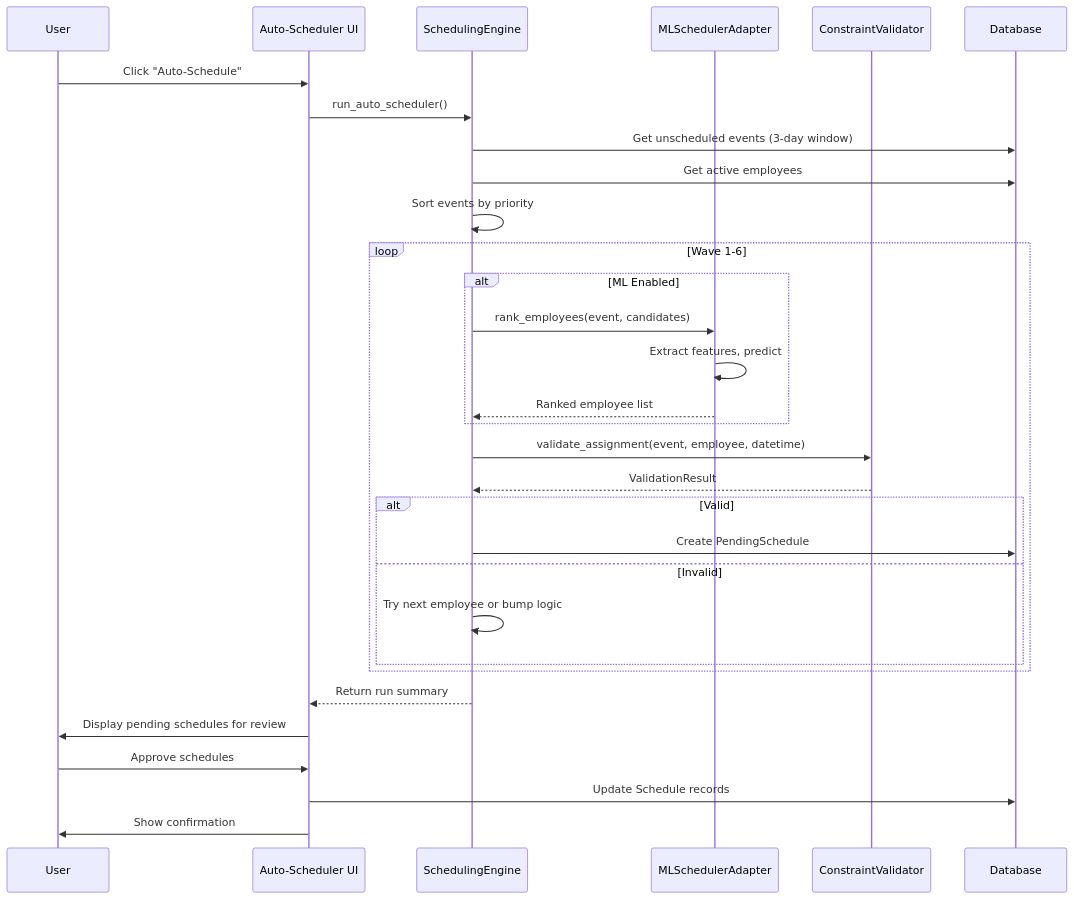
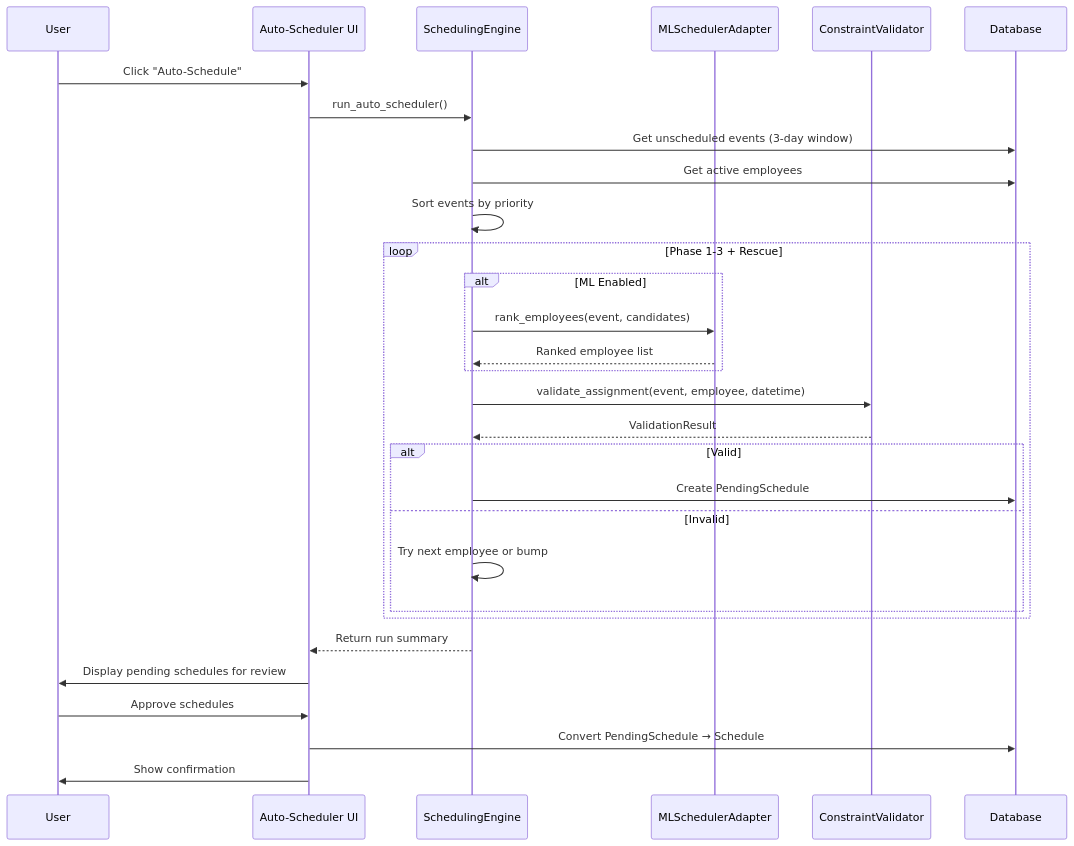
One commit to cyberiseeyou/pceventmanager changed the third of 5 diagrams in docs/CODEBASE_MAP.md. Above: the diagram before and after it, drawn with Mermaid. The commit also changed other lines of this file and 71 other files, not shown here.

````diff
--- a/docs/CODEBASE_MAP.md
+++ b/docs/CODEBASE_MAP.md
@@ -798,36 +647,35 @@
 ```mermaid
 sequenceDiagram
     participant User
     participant UI as Auto-Scheduler UI
     participant Engine as SchedulingEngine
     participant ML as MLSchedulerAdapter
     participant Validator as ConstraintValidator
     participant DB as Database
 
     User->>UI: Click "Auto-Schedule"
     UI->>Engine: run_auto_scheduler()
     Engine->>DB: Get unscheduled events (3-day window)
     Engine->>DB: Get active employees
     Engine->>Engine: Sort events by priority
 
-    loop Wave 1-6
+    loop Phase 1-3 + Rescue
         alt ML Enabled
             Engine->>ML: rank_employees(event, candidates)
-            ML->>ML: Extract features, predict
             ML-->>Engine: Ranked employee list
         end
         Engine->>Validator: validate_assignment(event, employee, datetime)
         Validator-->>Engine: ValidationResult
         alt Valid
             Engine->>DB: Create PendingSchedule
         else Invalid
-            Engine->>Engine: Try next employee or bump logic
+            Engine->>Engine: Try next employee or bump
         end
     end
 
     Engine-->>UI: Return run summary
     UI->>User: Display pending schedules for review
     User->>UI: Approve schedules
-    UI->>DB: Update Schedule records
+    UI->>DB: Convert PendingSchedule → Schedule
     UI->>User: Show confirmation
 ```
````
